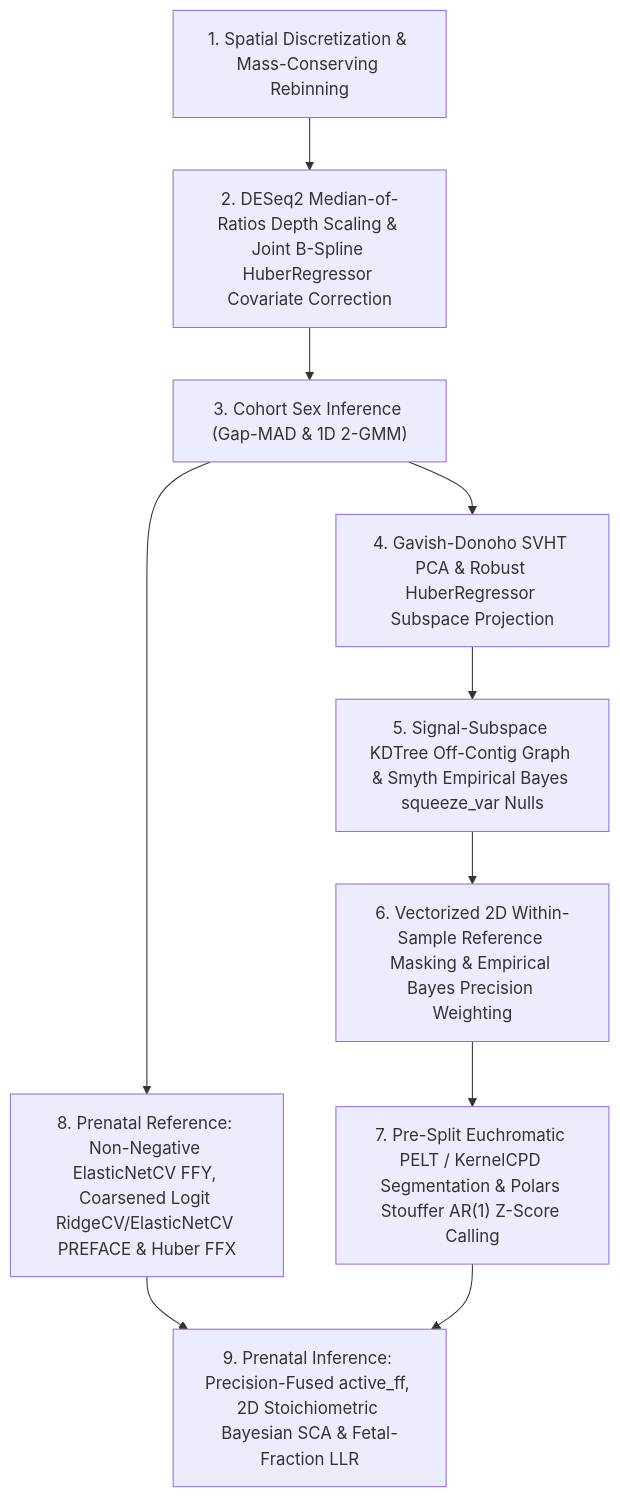
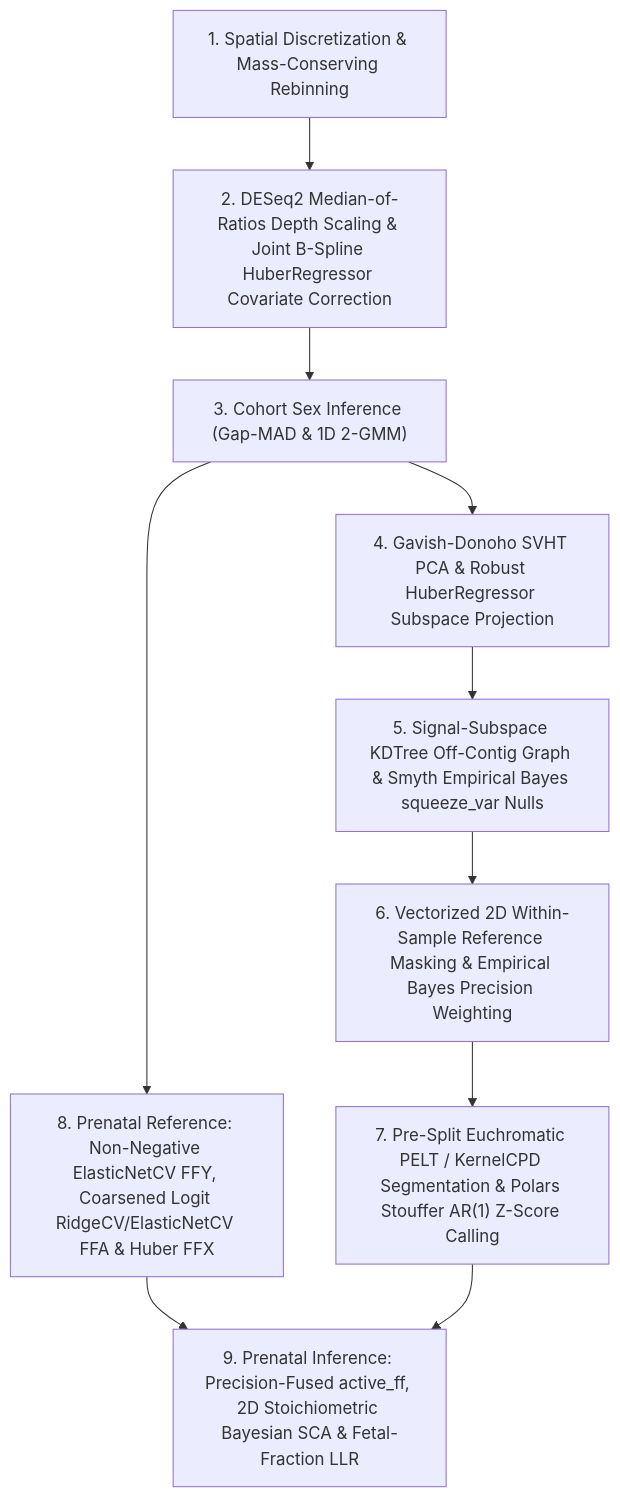
Before and after one commit to matthdsm/ccnv: the diagram in docs/methodology.md, drawn with Mermaid. The commit also changed other lines of this file and 26 other files, not shown here.

Commit message:
refactor: rename PREFACE to FFA (fetal fraction autosomal)

````diff
--- a/docs/methodology.md
+++ b/docs/methodology.md
@@ -14,12 +14,12 @@
 ```mermaid
 flowchart TD
     S1["1. Spatial Discretization & Mass-Conserving Rebinning"] --> S2["2. DESeq2 Median-of-Ratios Depth Scaling & Joint B-Spline HuberRegressor Covariate Correction"]
     S2 --> S3["3. Cohort Sex Inference (Gap-MAD & 1D 2-GMM)"]
     S3 --> S4["4. Gavish-Donoho SVHT PCA & Robust HuberRegressor Subspace Projection"]
     S4 --> S5["5. Signal-Subspace KDTree Off-Contig Graph & Smyth Empirical Bayes squeeze_var Nulls"]
     S5 --> S6["6. Vectorized 2D Within-Sample Reference Masking & Empirical Bayes Precision Weighting"]
     S6 --> S7["7. Pre-Split Euchromatic PELT / KernelCPD Segmentation & Polars Stouffer AR(1) Z-Score Calling"]
-    S3 --> S8["8. Prenatal Reference: Non-Negative ElasticNetCV FFY, Coarsened Logit RidgeCV/ElasticNetCV PREFACE & Huber FFX"]
+    S3 --> S8["8. Prenatal Reference: Non-Negative ElasticNetCV FFY, Coarsened Logit RidgeCV/ElasticNetCV FFA & Huber FFX"]
     S8 --> S9["9. Prenatal Inference: Precision-Fused active_ff, 2D Stoichiometric Bayesian SCA & Fetal-Fraction LLR"]
     S7 --> S9
 ```
````
